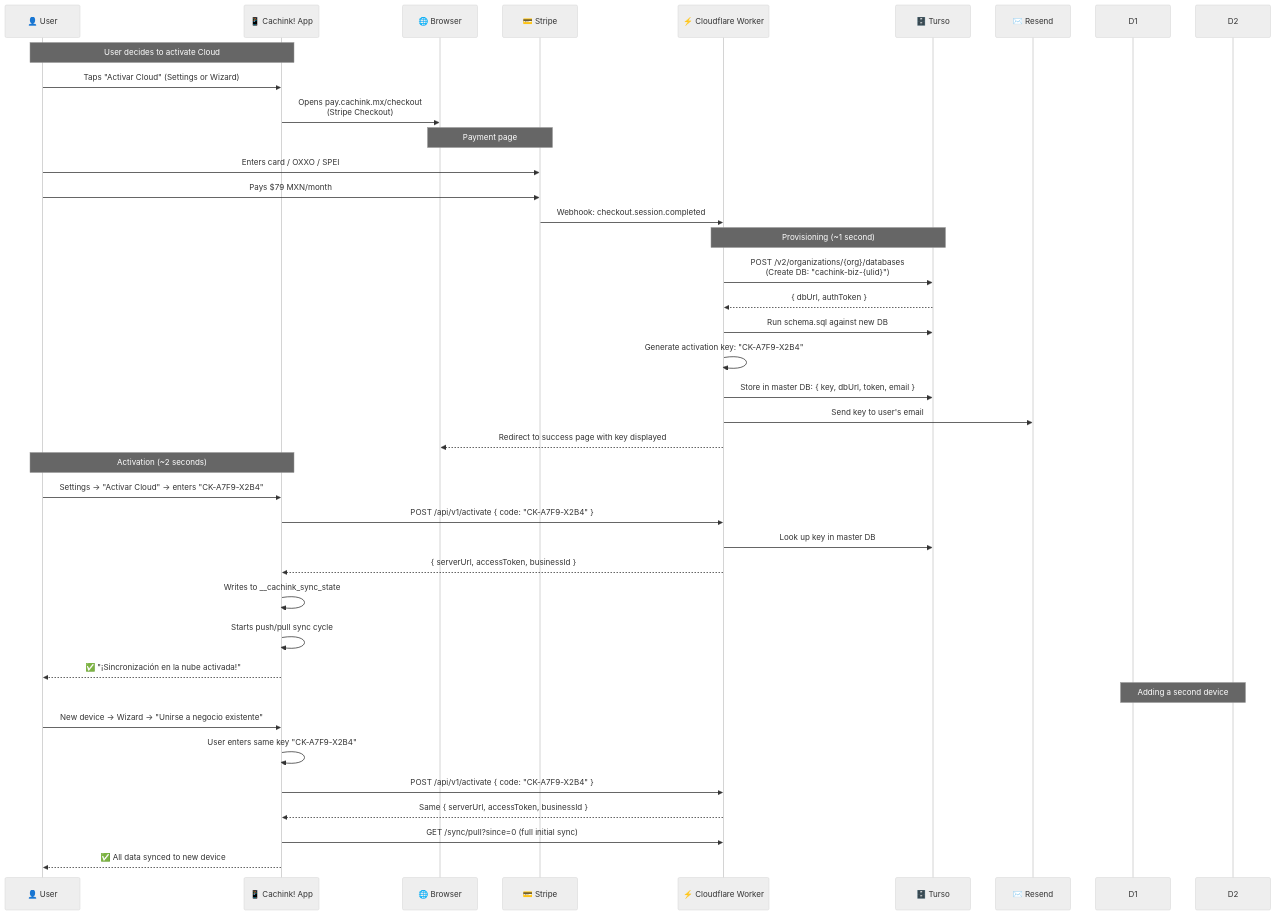
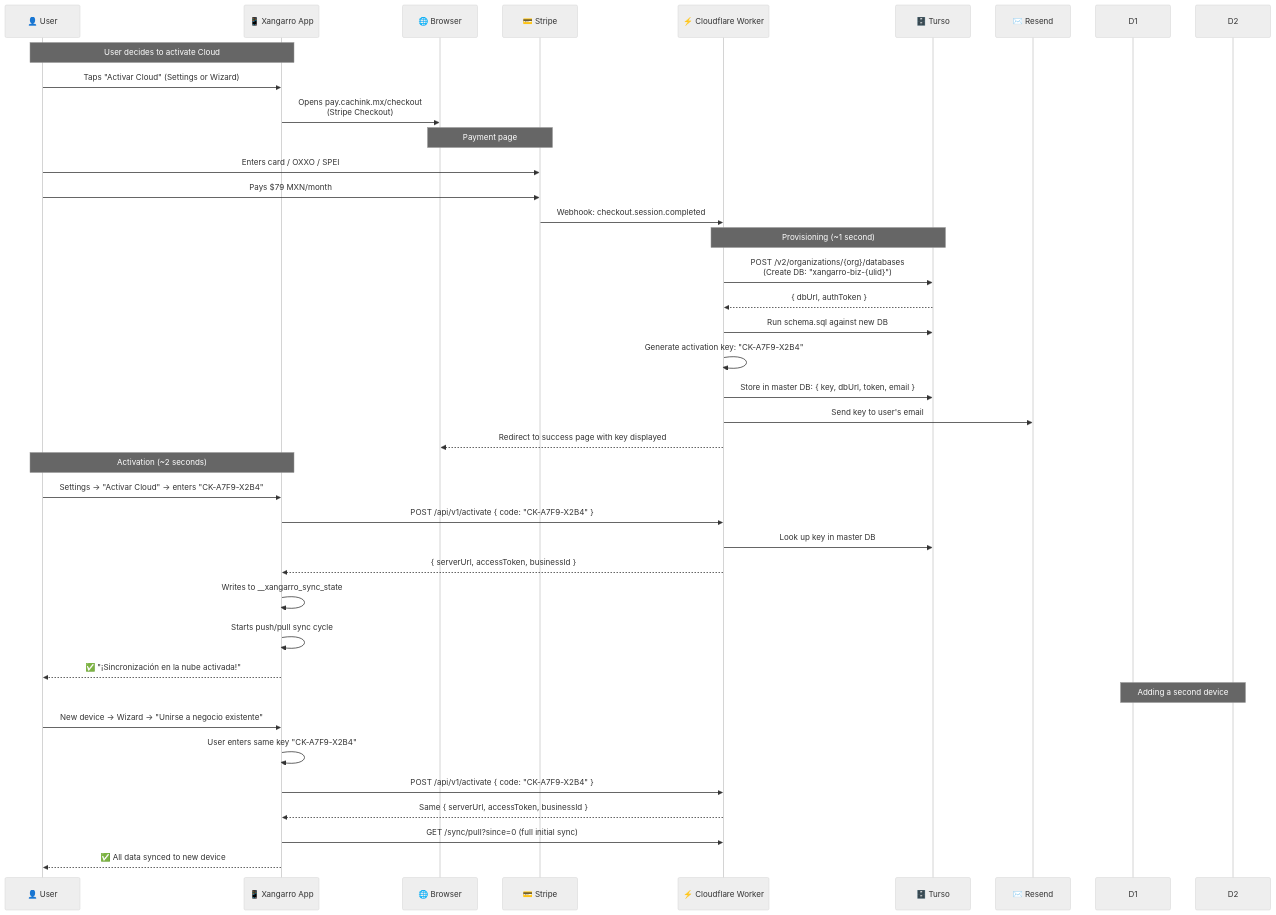
Before and after one commit to z3r0maker/Cachink: the fourth of 5 diagrams in docs/CLOUD-MODE-PLAN.md, drawn with Mermaid (neutral theme). The commit also changed other lines of this file and 99 other files, not shown here.

First line of the commit message:
refactor(app): rename stored and wire identifiers to Xangarro with upgrade fallbacks

````diff
--- a/docs/CLOUD-MODE-PLAN.md
+++ b/docs/CLOUD-MODE-PLAN.md
@@ -290,46 +290,46 @@
 ```mermaid
 sequenceDiagram
     participant U as 👤 User
-    participant App as 📱 Cachink! App
+    participant App as 📱 Xangarro App
     participant Browser as 🌐 Browser
     participant Stripe as 💳 Stripe
     participant CF as ⚡ Cloudflare Worker
     participant Turso as 🗄️ Turso
     participant Email as ✉️ Resend
 
     Note over U,App: User decides to activate Cloud
 
     U->>App: Taps "Activar Cloud" (Settings or Wizard)
     App->>Browser: Opens pay.cachink.mx/checkout<br/>(Stripe Checkout)
 
     Note over Browser,Stripe: Payment page
     U->>Stripe: Enters card / OXXO / SPEI
     U->>Stripe: Pays $79 MXN/month
     Stripe->>CF: Webhook: checkout.session.completed
 
     Note over CF,Turso: Provisioning (~1 second)
-    CF->>Turso: POST /v2/organizations/{org}/databases<br/>(Create DB: "cachink-biz-{ulid}")
+    CF->>Turso: POST /v2/organizations/{org}/databases<br/>(Create DB: "xangarro-biz-{ulid}")
     Turso-->>CF: { dbUrl, authToken }
     CF->>Turso: Run schema.sql against new DB
     CF->>CF: Generate activation key: "CK-A7F9-X2B4"
     CF->>Turso: Store in master DB: { key, dbUrl, token, email }
     CF->>Email: Send key to user's email
     CF-->>Browser: Redirect to success page with key displayed
 
     Note over U,App: Activation (~2 seconds)
     U->>App: Settings → "Activar Cloud" → enters "CK-A7F9-X2B4"
     App->>CF: POST /api/v1/activate { code: "CK-A7F9-X2B4" }
     CF->>Turso: Look up key in master DB
     CF-->>App: { serverUrl, accessToken, businessId }
-    App->>App: Writes to __cachink_sync_state
+    App->>App: Writes to __xangarro_sync_state
     App->>App: Starts push/pull sync cycle
     App-->>U: ✅ "¡Sincronización en la nube activada!"
 
     Note over D1,D2: Adding a second device
     U->>App: New device → Wizard → "Unirse a negocio existente"
     App->>App: User enters same key "CK-A7F9-X2B4"
     App->>CF: POST /api/v1/activate { code: "CK-A7F9-X2B4" }
     CF-->>App: Same { serverUrl, accessToken, businessId }
     App->>CF: GET /sync/pull?since=0 (full initial sync)
     App-->>U: ✅ All data synced to new device
 ```
````
